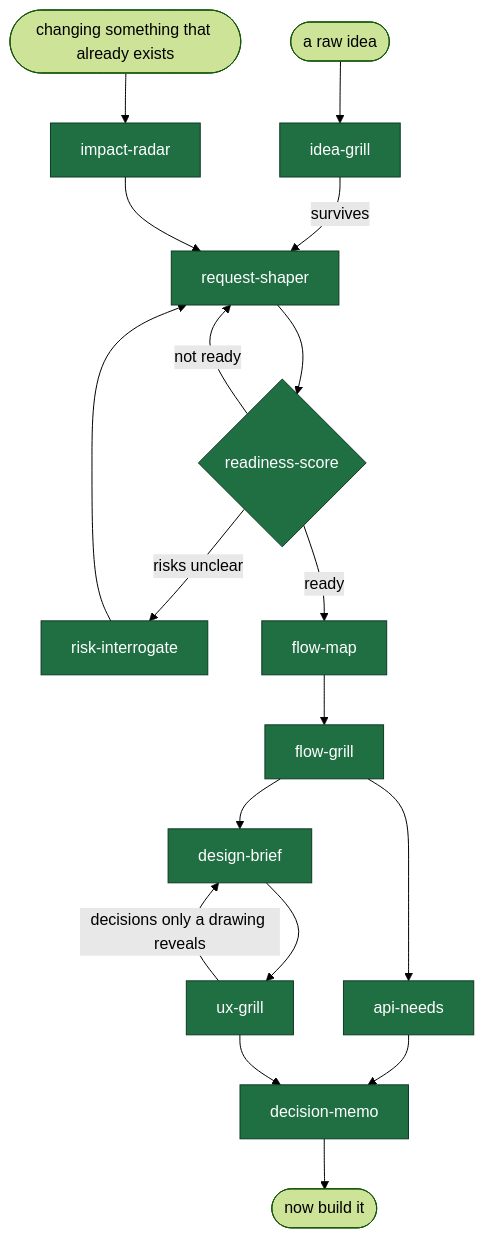
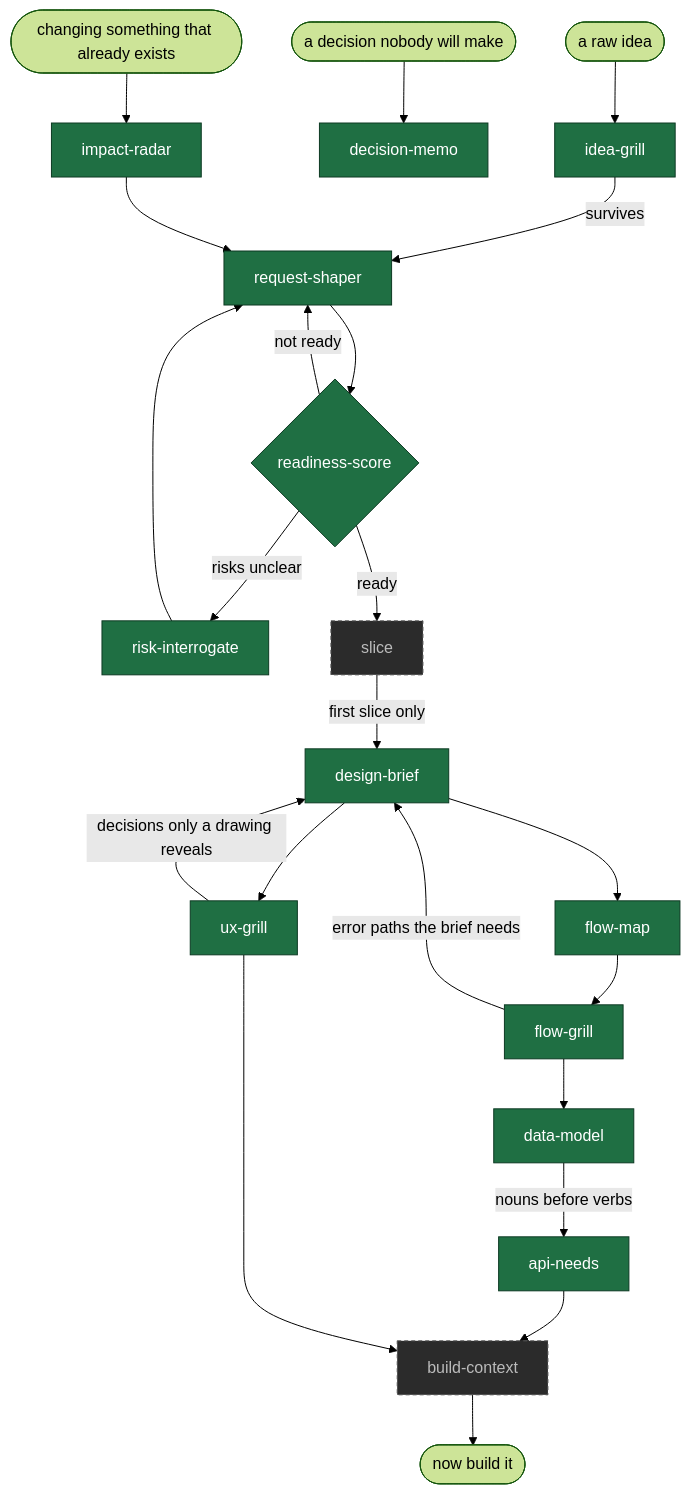
Before and after one commit to ratipcan-uysal/before-you-build: the diagram in README.md, drawn with Mermaid (forest theme). The commit also changed other lines of this file and 10 other files, not shown here.

````diff
--- a/README.md
+++ b/README.md
@@ -36,24 +39,29 @@
 ```mermaid
 flowchart TD
     idea([a raw idea]) --> IG[idea-grill]
     IG -->|survives| RS[request-shaper]
     RS --> SC{readiness-score}
     SC -->|not ready| RS
     SC -->|risks unclear| RI[risk-interrogate]
     RI --> RS
-    SC -->|ready| FM[flow-map]
-    FM --> FG[flow-grill]
-    FG --> AN[api-needs]
-    AN --> DM
-    FG --> DB[design-brief]
+    SC -->|ready| SL[slice]
+    SL -->|first slice only| DB[design-brief]
     DB --> UX[ux-grill]
     UX -->|decisions only a drawing reveals| DB
-    UX --> DM[decision-memo]
-    DM --> out([now build it])
+    DB --> FM[flow-map]
+    FM --> FG[flow-grill]
+    FG -->|error paths the brief needs| DB
+    FG --> DMO[data-model]
+    DMO -->|nouns before verbs| AN[api-needs]
+    AN --> BC[build-context]
+    UX --> BC
+    BC --> out([now build it])
+    blocked([a decision nobody will make]) --> DM[decision-memo]
     change([changing something that already exists]) --> IR[impact-radar]
     IR --> RS
 
     classDef shipped fill:#1f6f43,stroke:#0d3a23,color:#fff
     classDef planned fill:#2b2b2b,stroke:#555,color:#bbb,stroke-dasharray:4 3
-    class IG,RS,SC,RI,DB,UX,FM,FG,AN,IR,DM shipped
+    class IG,RS,SC,RI,DB,UX,FM,FG,DMO,AN,IR,DM shipped
+    class SL,BC planned
 ```
````
